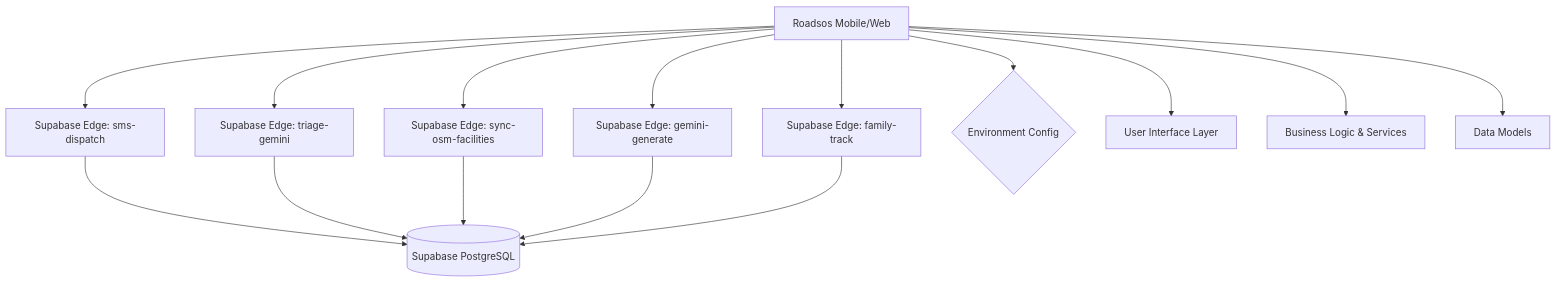
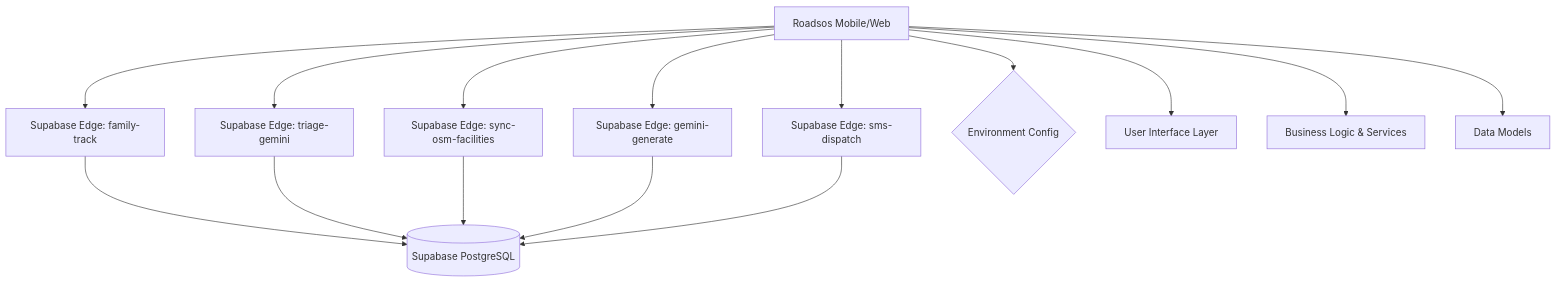
The first of 2 diagrams in docs/architecture/architecture.md (NITISH-R-G/RoadSOS), drawn with Mermaid before and after one commit. The commit also changed other lines of this file and 2 other files, not shown here.

Commit message:
docs: auto-update architecture, diagrams, and README

````diff
--- a/docs/architecture/architecture.md
+++ b/docs/architecture/architecture.md
@@ -5,18 +5,18 @@
 ```mermaid
 graph TD
     Client[Roadsos Mobile/Web] 
-    Client --> Function_sms_dispatch[Supabase Edge: sms-dispatch]
-    Function_sms_dispatch --> SupabaseDB[(Supabase PostgreSQL)]
+    Client --> Function_family_track[Supabase Edge: family-track]
+    Function_family_track --> SupabaseDB[(Supabase PostgreSQL)]
     Client --> Function_triage_gemini[Supabase Edge: triage-gemini]
     Function_triage_gemini --> SupabaseDB[(Supabase PostgreSQL)]
     Client --> Function_sync_osm_facilities[Supabase Edge: sync-osm-facilities]
     Function_sync_osm_facilities --> SupabaseDB[(Supabase PostgreSQL)]
     Client --> Function_gemini_generate[Supabase Edge: gemini-generate]
     Function_gemini_generate --> SupabaseDB[(Supabase PostgreSQL)]
-    Client --> Function_family_track[Supabase Edge: family-track]
-    Function_family_track --> SupabaseDB[(Supabase PostgreSQL)]
+    Client --> Function_sms_dispatch[Supabase Edge: sms-dispatch]
+    Function_sms_dispatch --> SupabaseDB[(Supabase PostgreSQL)]
     Client --> EnvVars{Environment Config}
     Client --> UI[User Interface Layer]
     Client --> Services[Business Logic & Services]
     Client --> Models[Data Models]
 ```
````
